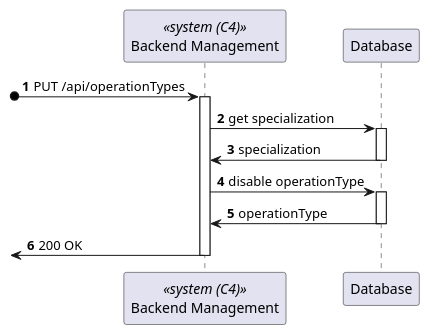
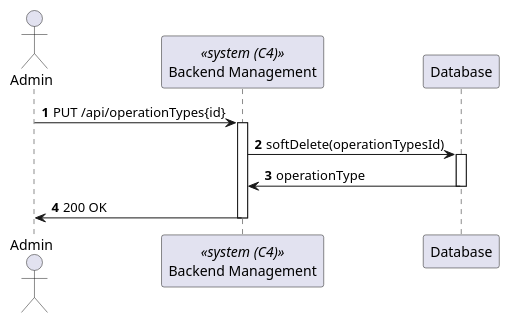
Before and after one commit to Lapr5G21/sem5pi-24-25-3ddg21: the diagram in docs/OperationTypeRemove/views/level3/process-view1.puml, drawn with PlantUML. The commit also changed 11 other files, not shown here.

```diff
--- a/docs/OperationTypeRemove/views/level3/process-view1.puml
+++ b/docs/OperationTypeRemove/views/level3/process-view1.puml
@@ -1,30 +1,23 @@
 @startuml
 
 autonumber
+actor Admin as "Admin"
 participant BE as "Backend Management" <<system (C4)>>
 participant DB as "Database"
 
-?o-> BE : PUT /api/operationTypes
+Admin -> BE : PUT /api/operationTypes{id}
 activate BE
 
-BE -> DB : get specialization
+BE -> DB : softDelete(operationTypesId)
 
 activate DB 
 
-DB -> BE : specialization
+DB -> BE : operationType
 
 deactivate DB 
 
-BE -> DB : disable operationType
-
-activate DB 
-
-DB -> BE : operationType 
-
-deactivate DB 
-
-<- BE : 200 OK
+Admin <- BE : 200 OK
 
 deactivate BE
 
 @enduml
```
